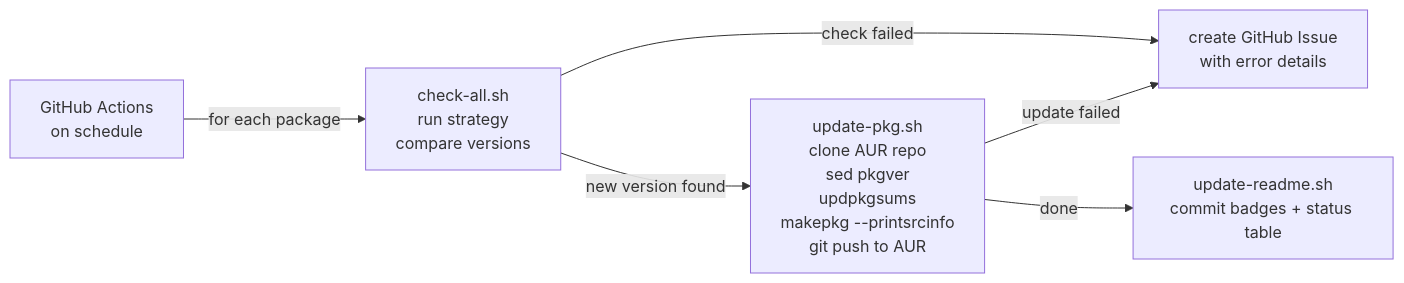
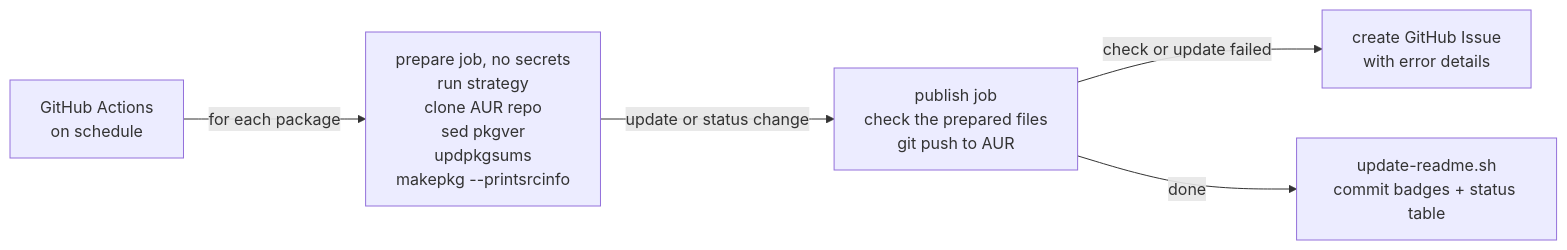
One commit to noctuum/sibyl changed the diagram in README.md. Above: the diagram before and after it, drawn with Mermaid. The commit also changed other lines of this file and 4 other files, not shown here.

First line of the commit message:
fix(workflow): run PKGBUILD code without secrets (#22)

````diff
--- a/README.md
+++ b/README.md
@@ -24,8 +24,7 @@
 ```mermaid
 graph LR
-    A[GitHub Actions<br/>on schedule] -->|for each package| B[check-all.sh<br/>run strategy<br/>compare versions]
-    B -->|new version found| C[update-pkg.sh<br/>clone AUR repo<br/>sed pkgver<br/>updpkgsums<br/>makepkg --printsrcinfo<br/>git push to AUR]
-    B -->|check failed| D[create GitHub Issue<br/>with error details]
-    C -->|update failed| D
+    A[GitHub Actions<br/>on schedule] -->|for each package| B[prepare job, no secrets<br/>run strategy<br/>clone AUR repo<br/>sed pkgver<br/>updpkgsums<br/>makepkg --printsrcinfo]
+    B -->|update or status change| C[publish job<br/>check the prepared files<br/>git push to AUR]
+    C -->|check or update failed| D[create GitHub Issue<br/>with error details]
     C -->|done| E[update-readme.sh<br/>commit badges + status table]
 ```
````
